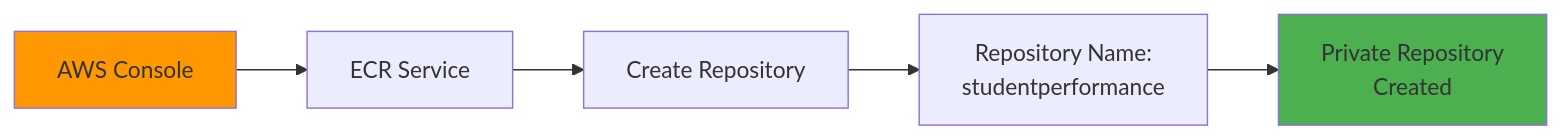
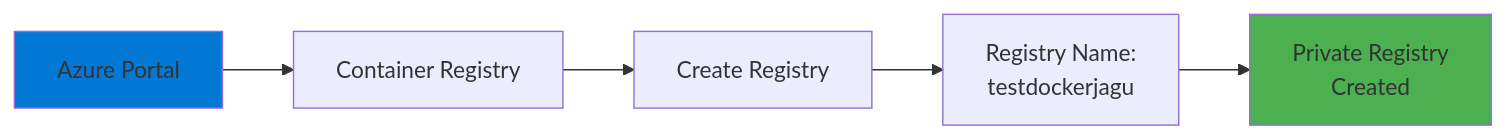
Before and after one commit to jagadeshchilla/student_performance_AZURE: the third of 6 diagrams in README.md, drawn with Mermaid. The commit also changed other lines of this file and 3 other files, not shown here.

````diff
--- a/README.md
+++ b/README.md
@@ -87,10 +86,10 @@
 ```mermaid
 graph LR
-    A["AWS Console"] --> B["ECR Service"]
-    B --> C["Create Repository"]
-    C --> D["Repository Name:<br/>studentperformance"]
-    D --> E["Private Repository<br/>Created"]
+    A["Azure Portal"] --> B["Container Registry"]
+    B --> C["Create Registry"]
+    C --> D["Registry Name:<br/>testdockerjagu"]
+    D --> E["Private Registry<br/>Created"]
     
-    style A fill:#ff9800
+    style A fill:#0078d4
     style E fill:#4caf50
 ```
````
